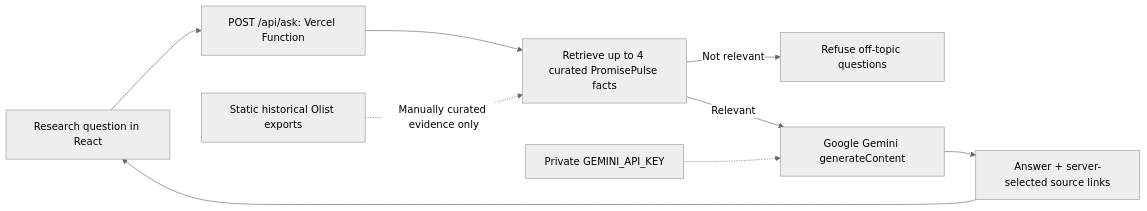
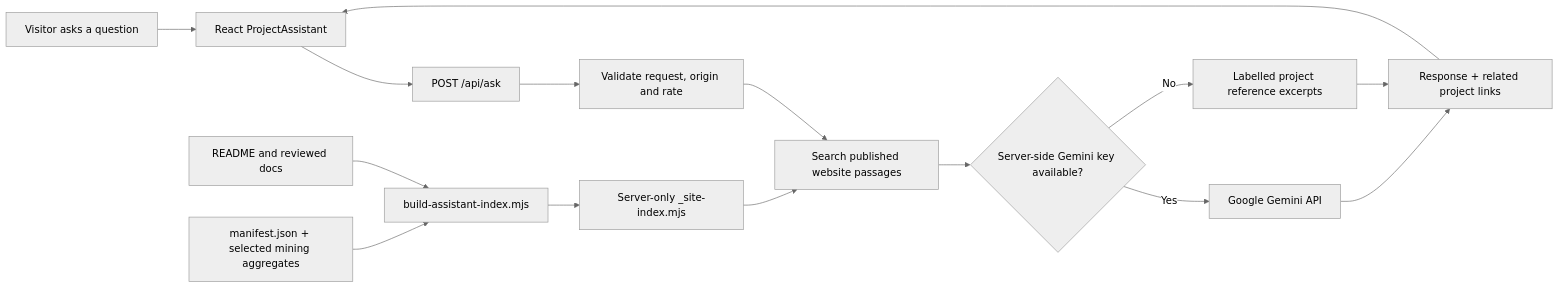
One commit to kasim672/PromisePulse changed the second of 8 diagrams in docs/ARCHITECTURE_V5.md. Above: the diagram before and after it, drawn with Mermaid (neutral theme). The commit also changed other lines of this file, not shown here.

Commit message:
docs: update architecture with merged Gemini website knowledge data flow

````diff
--- a/docs/ARCHITECTURE_V5.md
+++ b/docs/ARCHITECTURE_V5.md
@@ -64,11 +64,17 @@
 ```mermaid
 flowchart LR
-  Q["Research question in React"] --> V["POST /api/ask: Vercel Function"]
-  V --> R["Retrieve up to 4 curated PromisePulse facts"]
-  R -->|Not relevant| Refuse["Refuse off-topic questions"]
-  R -->|Relevant| Google["Google Gemini generateContent"]
-  Key["Private GEMINI_API_KEY"] -.-> Google
-  Google --> Answer["Answer + server-selected source links"]
-  Answer --> Q
-  Olist["Static historical Olist exports"] -. "Manually curated evidence only" .-> R
+  User["Visitor asks a question"] --> UI["React ProjectAssistant"]
+  UI --> API["POST /api/ask"]
+  API --> VALID["Validate request, origin and rate"]
+  VALID --> RET["Search published website passages"]
+  DOC["README and reviewed docs"] --> BUILD["build-assistant-index.mjs"]
+  META["manifest.json + selected mining aggregates"] --> BUILD
+  BUILD --> INDEX["Server-only _site-index.mjs"]
+  INDEX --> RET
+  RET --> KEY{"Server-side Gemini key available?"}
+  KEY -->|Yes| GEM["Google Gemini API"]
+  KEY -->|No| REF["Labelled project reference excerpts"]
+  GEM --> ANSWER["Response + related project links"]
+  REF --> ANSWER
+  ANSWER --> UI
 ```
````
